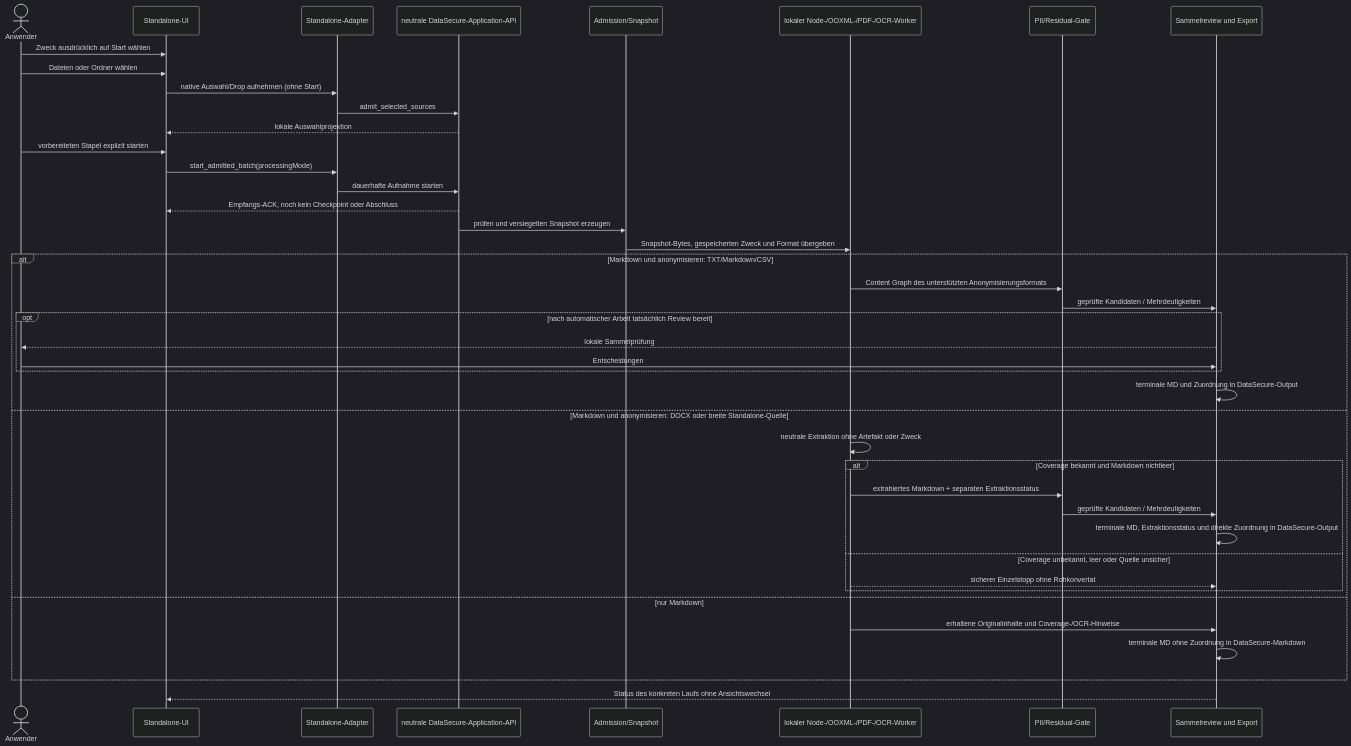
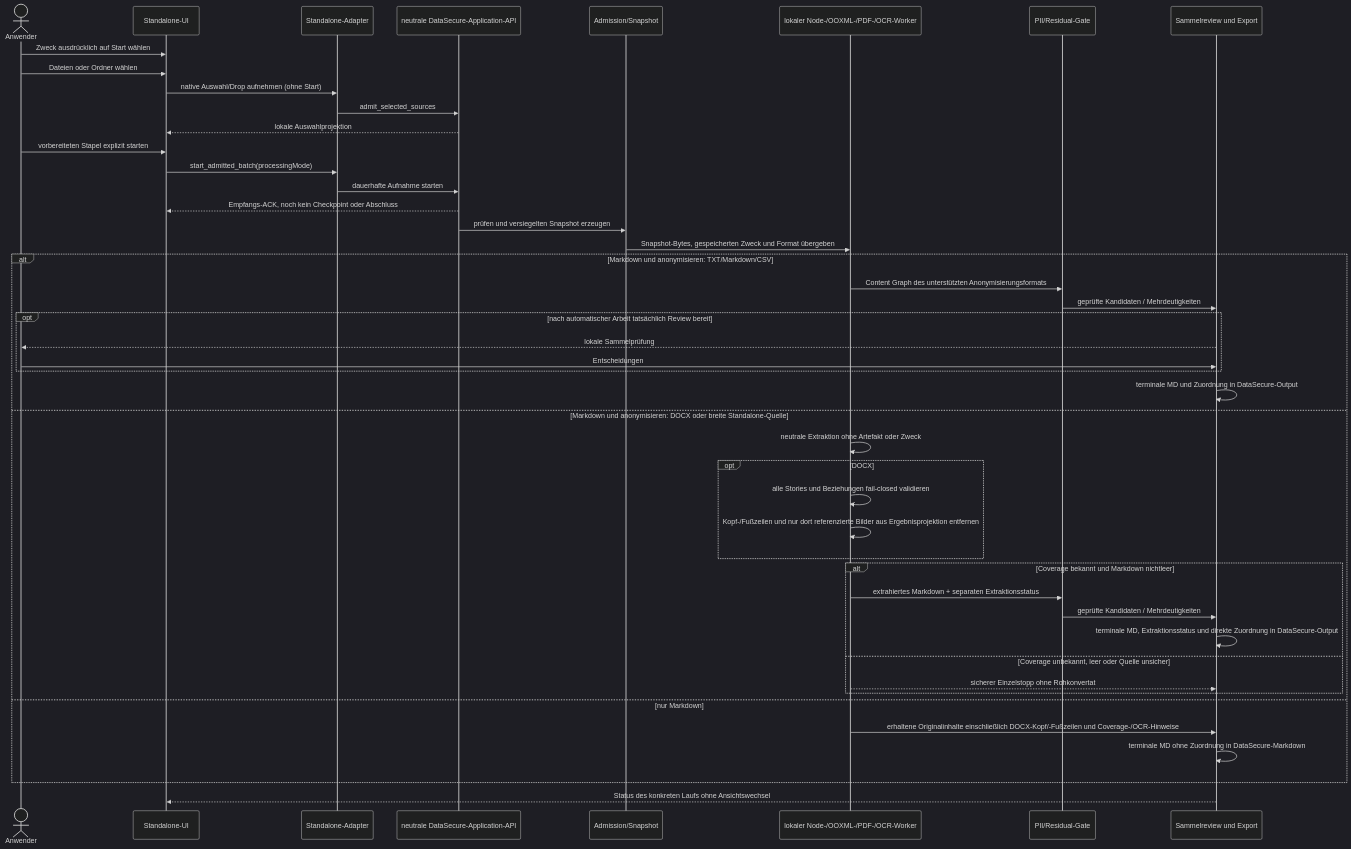
One commit to renepuhlmannarbeit/msg_gbh_DataSecure changed diagram 13 of 16 in docs/canonical/UML_ARCHITECTURE.md. Above: the diagram before and after it, drawn with Mermaid (dark theme). The commit also changed other lines of this file and 53 other files, not shown here.

````diff
--- a/docs/canonical/UML_ARCHITECTURE.md
+++ b/docs/canonical/UML_ARCHITECTURE.md
@@ -564,44 +564,48 @@
 ```mermaid
 sequenceDiagram
   actor U as Anwender
   participant S as Standalone-UI
   participant A as Standalone-Adapter
   participant E as neutrale DataSecure-Application-API
   participant I as Admission/Snapshot
   participant M as lokaler Node-/OOXML-/PDF-/OCR-Worker
   participant P as PII/Residual-Gate
   participant V as Sammelreview und Export
   U->>S: Zweck ausdrücklich auf Start wählen
   U->>S: Dateien oder Ordner wählen
   S->>A: native Auswahl/Drop aufnehmen (ohne Start)
   A->>E: admit_selected_sources
   E-->>S: lokale Auswahlprojektion
   U->>S: vorbereiteten Stapel explizit starten
   S->>A: start_admitted_batch(processingMode)
   A->>E: dauerhafte Aufnahme starten
   E-->>S: Empfangs-ACK, noch kein Checkpoint oder Abschluss
   E->>I: prüfen und versiegelten Snapshot erzeugen
   I->>M: Snapshot-Bytes, gespeicherten Zweck und Format übergeben
   alt Markdown und anonymisieren: TXT/Markdown/CSV
     M->>P: Content Graph des unterstützten Anonymisierungsformats
     P->>V: geprüfte Kandidaten / Mehrdeutigkeiten
     opt nach automatischer Arbeit tatsächlich Review bereit
       V-->>U: lokale Sammelprüfung
       U->>V: Entscheidungen
     end
     V->>V: terminale MD und Zuordnung in DataSecure-Output
   else Markdown und anonymisieren: DOCX oder breite Standalone-Quelle
     M->>M: neutrale Extraktion ohne Artefakt oder Zweck
+    opt DOCX
+      M->>M: alle Stories und Beziehungen fail-closed validieren
+      M->>M: Kopf-/Fußzeilen und nur dort referenzierte Bilder aus Ergebnisprojektion entfernen
+    end
     alt Coverage bekannt und Markdown nichtleer
       M->>P: extrahiertes Markdown + separaten Extraktionsstatus
       P->>V: geprüfte Kandidaten / Mehrdeutigkeiten
       V->>V: terminale MD, Extraktionsstatus und direkte Zuordnung in DataSecure-Output
     else Coverage unbekannt, leer oder Quelle unsicher
       M-->>V: sicherer Einzelstopp ohne Rohkonvertat
     end
   else nur Markdown
-    M->>V: erhaltene Originalinhalte und Coverage-/OCR-Hinweise
+    M->>V: erhaltene Originalinhalte einschließlich DOCX-Kopf/-Fußzeilen und Coverage-/OCR-Hinweise
     V->>V: terminale MD ohne Zuordnung in DataSecure-Markdown
   end
   V-->>S: Status des konkreten Laufs ohne Ansichtswechsel
 ```
````
